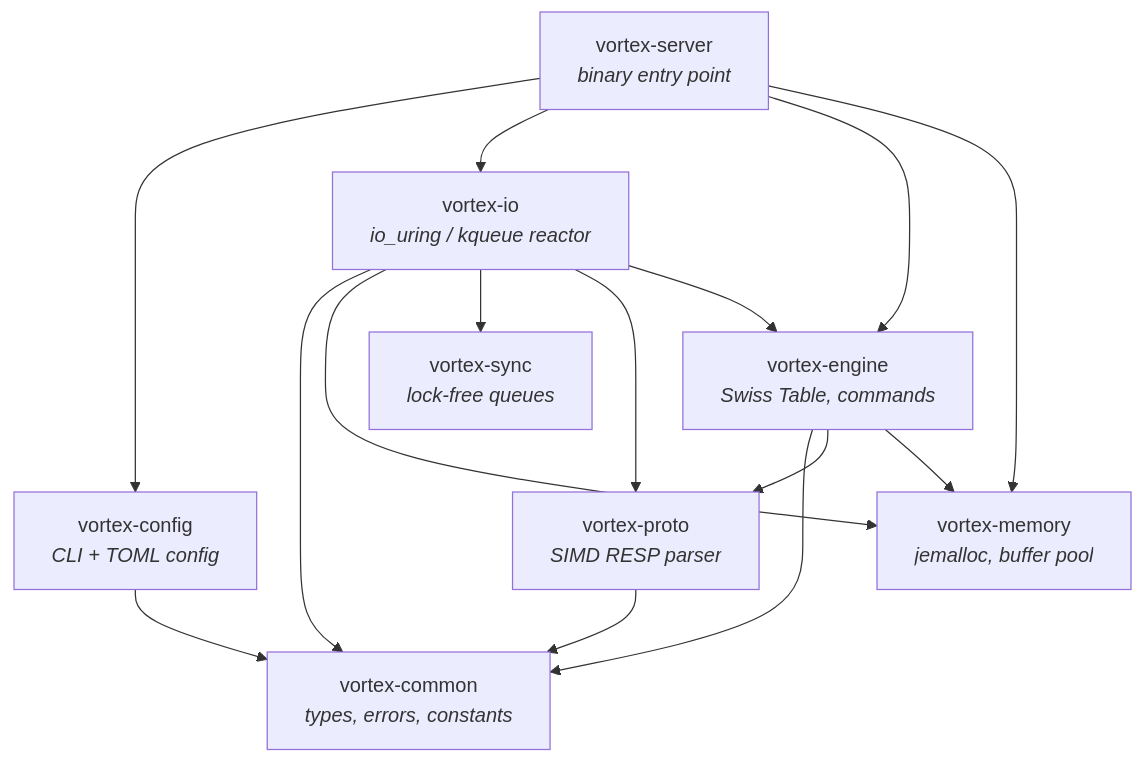
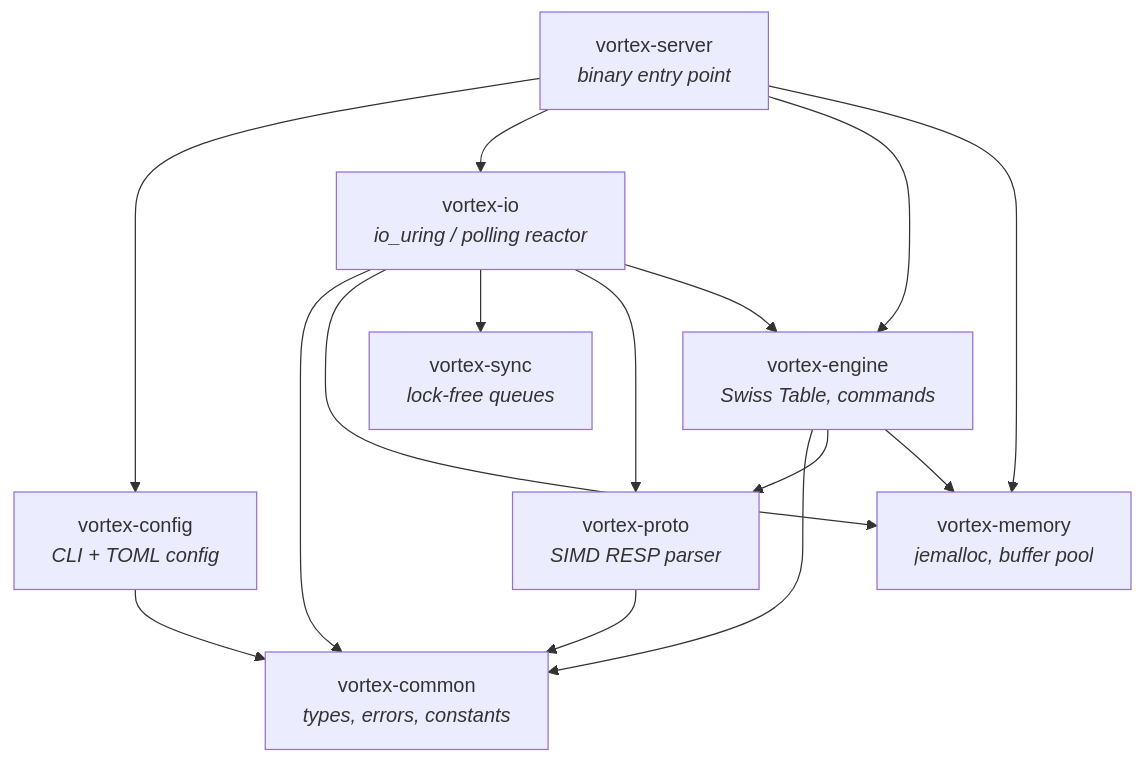
The diagram in README.md (kevincaicedo/vortex), drawn with Mermaid before and after one commit. The commit also changed other lines of this file and 68 other files, not shown here.

````diff
--- a/README.md
+++ b/README.md
@@ -117,26 +91,26 @@
 ```mermaid
 graph TD
     common[vortex-common<br><i>types, errors, constants</i>]
     memory[vortex-memory<br><i>jemalloc, buffer pool</i>]
     sync[vortex-sync<br><i>lock-free queues</i>]
     proto[vortex-proto<br><i>SIMD RESP parser</i>]
     engine[vortex-engine<br><i>Swiss Table, commands</i>]
-    io[vortex-io<br><i>io_uring / kqueue reactor</i>]
+    io[vortex-io<br><i>io_uring / polling reactor</i>]
     config[vortex-config<br><i>CLI + TOML config</i>]
     server[vortex-server<br><i>binary entry point</i>]
 
     proto --> common
     engine --> common
     engine --> proto
     engine --> memory
     io --> common
     io --> memory
     io --> sync
     io --> proto
     io --> engine
     config --> common
     server --> config
     server --> io
     server --> engine
     server --> memory
 ```
````
